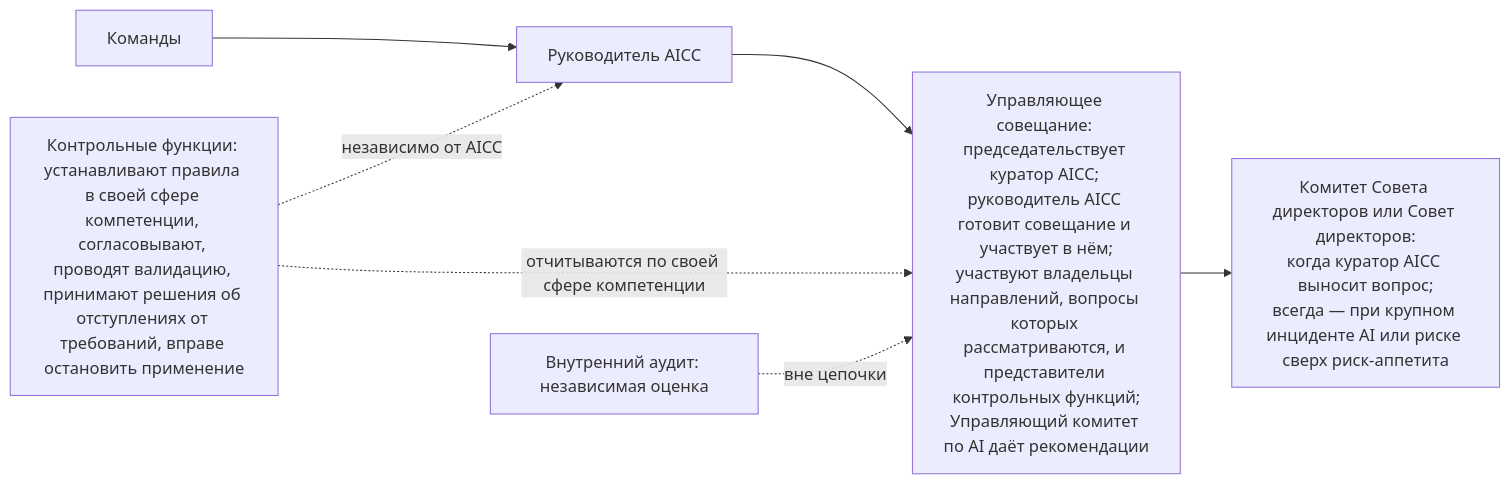
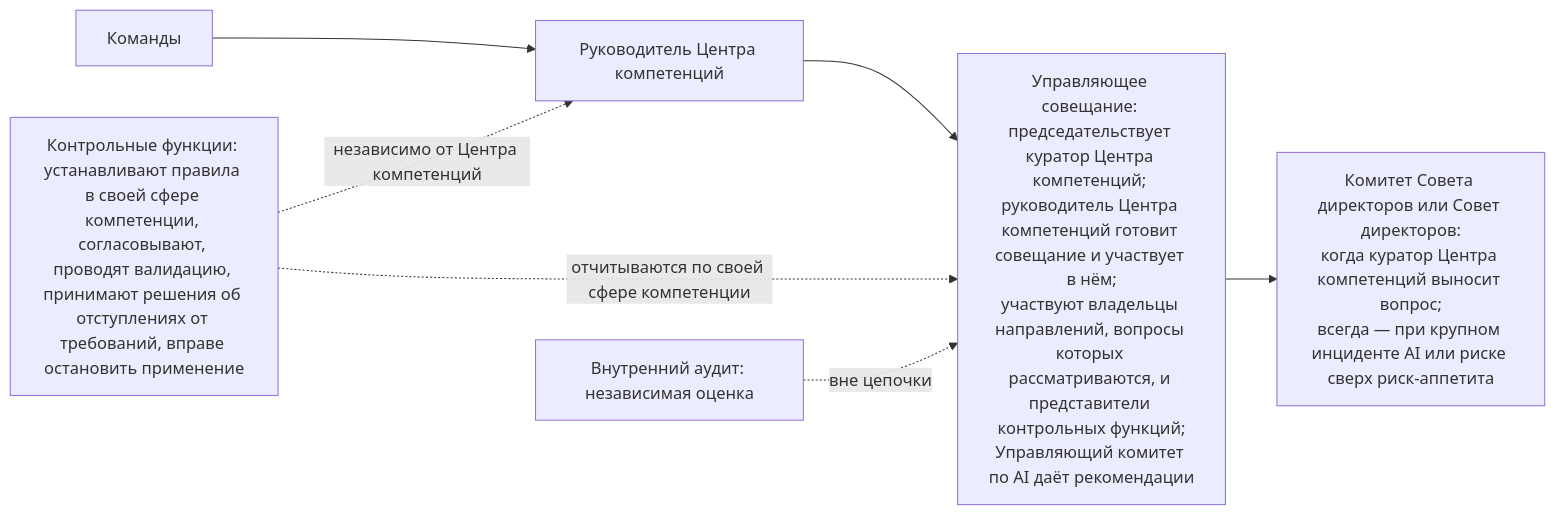
Before and after one commit to devhogu/ob-aicc: the fifth of 6 diagrams in charter/ru/workflows/unit-governance.md, drawn with Mermaid. The commit also changed other lines of this file and 1149 other files, not shown here.

````diff
--- a/charter/ru/workflows/unit-governance.md
+++ b/charter/ru/workflows/unit-governance.md
@@ -157,7 +157,7 @@
 ```mermaid
 flowchart LR
-  T["Команды"] --> L["Руководитель AICC"] --> S["Управляющее совещание: председательствует куратор AICC; руководитель AICC готовит совещание и участвует в нём;<br/>участвуют владельцы направлений, вопросы которых рассматриваются, и представители контрольных функций;<br/>Управляющий комитет по AI даёт рекомендации"] --> B["Комитет Совета директоров или Совет директоров:<br/>когда куратор AICC выносит вопрос;<br/>всегда — при крупном инциденте AI или риске сверх риск-аппетита"]
-  CF["Контрольные функции: устанавливают правила в своей сфере компетенции, согласовывают, проводят валидацию, принимают решения об отступлениях от требований, вправе остановить применение"] -.->|"независимо от AICC"| L
+  T["Команды"] --> L["Руководитель Центра компетенций"] --> S["Управляющее совещание: председательствует куратор Центра компетенций; руководитель Центра компетенций готовит совещание и участвует в нём;<br/>участвуют владельцы направлений, вопросы которых рассматриваются, и представители контрольных функций;<br/>Управляющий комитет по AI даёт рекомендации"] --> B["Комитет Совета директоров или Совет директоров:<br/>когда куратор Центра компетенций выносит вопрос;<br/>всегда — при крупном инциденте AI или риске сверх риск-аппетита"]
+  CF["Контрольные функции: устанавливают правила в своей сфере компетенции, согласовывают, проводят валидацию, принимают решения об отступлениях от требований, вправе остановить применение"] -.->|"независимо от Центра компетенций"| L
   CF -.->|"отчитываются по своей сфере компетенции"| S
   IA["Внутренний аудит: независимая оценка"] -.->|"вне цепочки"| S
 ```
````
